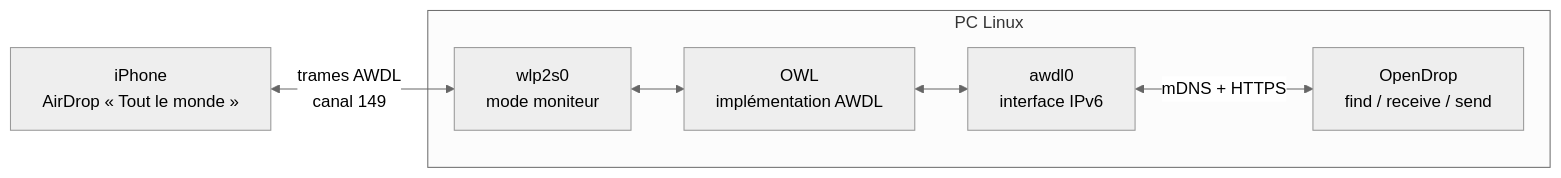
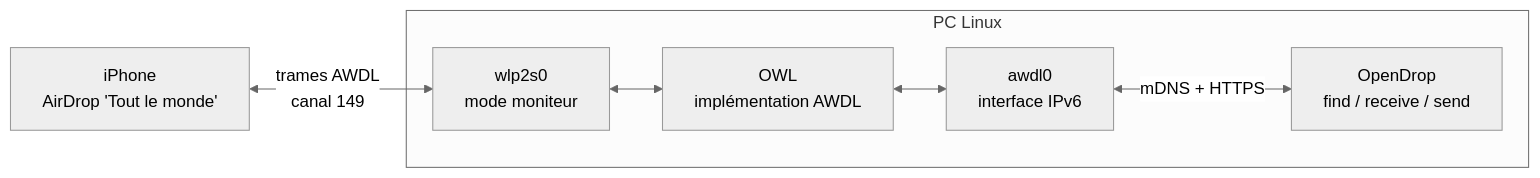
One commit to antonin-biernacki/awdl-linux-poc changed the diagram in README.md. Above: the diagram before and after it, drawn with Mermaid (neutral theme). The commit also changed other lines of this file and 3 other files, not shown here.

````diff
--- a/README.md
+++ b/README.md
@@ -56,9 +55,9 @@
 ```mermaid
 flowchart LR
-    I[iPhone<br/>AirDrop « Tout le monde »] <-- trames AWDL<br/>canal 149 --> W
+    I[iPhone<br/>AirDrop 'Tout le monde'] <-- trames AWDL<br/>canal 149 --> W
     subgraph PC Linux
         W[wlp2s0<br/>mode moniteur] <--> O[OWL<br/>implémentation AWDL]
         O <--> A[awdl0<br/>interface IPv6]
         A <-- mDNS + HTTPS --> D[OpenDrop<br/>find / receive / send]
     end
 ```
````
